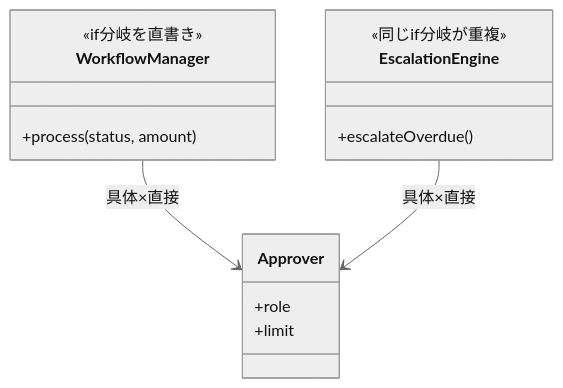
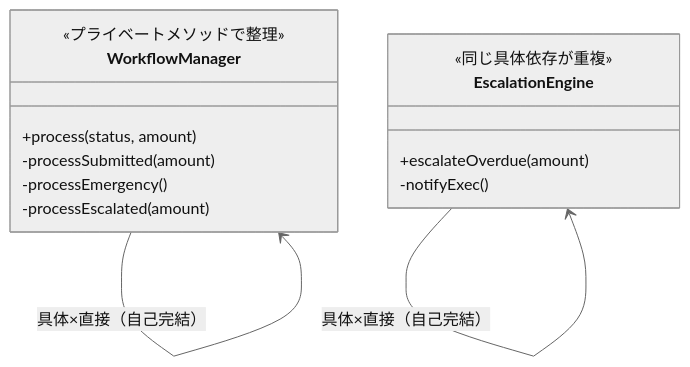
One commit to kumachan1101-pixel/DesignPattern changed the fourth of 11 diagrams in kindle/design-patterns/output/chapter12.md. Above: the diagram before and after it, drawn with Mermaid (neutral theme). The commit also changed other lines of this file and 12 other files, not shown here.

````diff
--- a/kindle/design-patterns/output/chapter12.md
+++ b/kindle/design-patterns/output/chapter12.md
@@ -397,17 +397,17 @@
 ```mermaid
 classDiagram
     class WorkflowManager {
-        <<if分岐を直書き>>
+        <<プライベートメソッドで整理>>
         +process(status, amount)
+        -processSubmitted(amount)
+        -processEmergency()
+        -processEscalated(amount)
     }
     class EscalationEngine {
-        <<同じif分岐が重複>>
-        +escalateOverdue()
+        <<同じ具体依存が重複>>
+        +escalateOverdue(amount)
+        -notifyExec()
     }
-    class Approver {
-        +role
-        +limit
-    }
-    WorkflowManager --> Approver : 具体×直接
-    EscalationEngine --> Approver : 具体×直接
+    WorkflowManager --> WorkflowManager : 具体×直接（自己完結）
+    EscalationEngine --> EscalationEngine : 具体×直接（自己完結）
 ```
````
